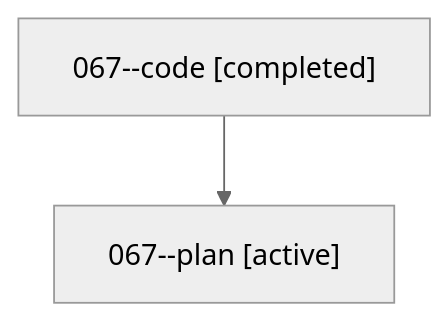
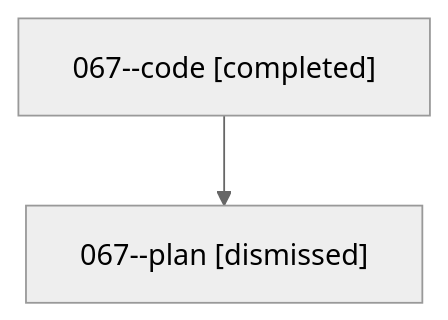
Before and after one commit to sase-org/sase--agents: the diagram in sessions/bbugyi200.athena.067.md, drawn with Mermaid (neutral theme). The commit also changed other lines of this file and 10 other files, not shown here.

````diff
--- a/sessions/bbugyi200.athena.067.md
+++ b/sessions/bbugyi200.athena.067.md
@@ -9,6 +9,6 @@
 ```mermaid
 flowchart TD
   n0["067--code [completed]"]
-  n1["067--plan [active]"]
+  n1["067--plan [dismissed]"]
   n0 --> n1
 ```
````
